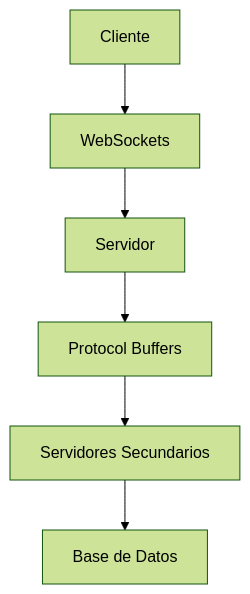
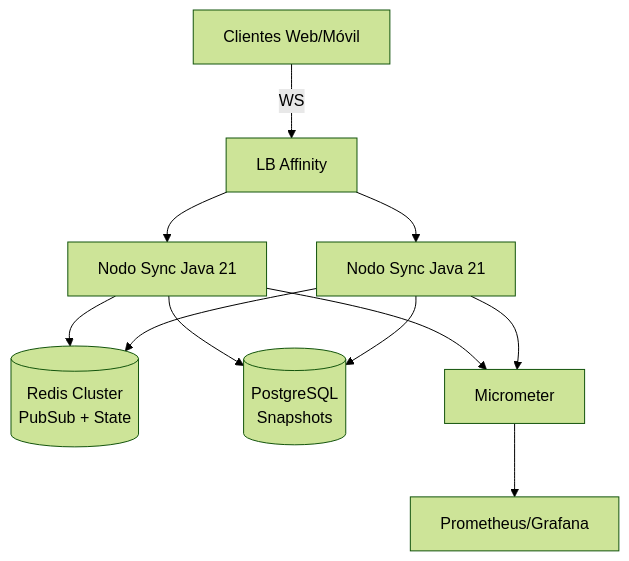
Before and after one commit to Joaquinriosheredia/DAM-Java-Mastery: the fourth of 4 diagrams in _Review/arquitectura_realtime_collaboration_systems/arquitectura_realtime_collaboration_systems.md, drawn with Mermaid (forest theme). The commit also changed other lines of this file, not shown here.

Commit message:
Arquitectura de Sistemas de Colaboración en Tiempo Real con Java 21

````diff
--- a/_Review/arquitectura_realtime_collaboration_systems/arquitectura_realtime_collaboration_systems.md
+++ b/_Review/arquitectura_realtime_collaboration_systems/arquitectura_realtime_collaboration_systems.md
@@ -682,8 +345,13 @@
 ```mermaid
 graph TD
-    A[Cliente] --> B[WebSockets]
-    B --> C[Servidor]
-    C --> D[Protocol Buffers]
-    D --> E[Servidores Secundarios]
-    E --> F[Base de Datos]
+    CLIENT[Clientes Web/Móvil] -->|WS| LB[LB Affinity]
+    LB --> N1[Nodo Sync Java 21]
+    LB --> N2[Nodo Sync Java 21]
+    N1 --> REDIS[(Redis Cluster<br/>PubSub + State)]
+    N2 --> REDIS
+    N1 --> DB[(PostgreSQL<br/>Snapshots)]
+    N2 --> DB
+    N1 --> MET[Micrometer]
+    N2 --> MET
+    MET --> PROM[Prometheus/Grafana]
 ```
````
